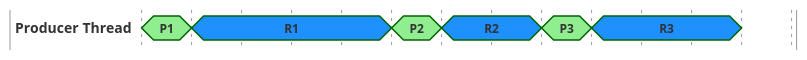
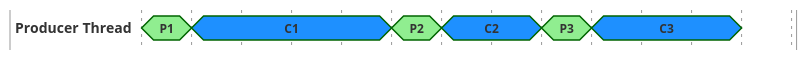
One commit to jetty/jetty.project changed the first of 4 diagrams in documentation/jetty/modules/programming-guide/pages/arch/threads.adoc. Above: the diagram before and after it, drawn with PlantUML. The commit also changed other lines of this file, not shown here.

```diff
--- a/documentation/jetty/modules/programming-guide/pages/arch/threads.adoc
+++ b/documentation/jetty/modules/programming-guide/pages/arch/threads.adoc
@@ -50,16 +50,16 @@
 [plantuml]
 ----
 skinparam backgroundColor transparent
 
 compact concise "Producer Thread" as PT
 hide time-axis
 
 @PT
 0 is P1 #lightgreen
-1 is R1 #dodgerblue
+1 is C1 #dodgerblue
 5 is P2 #lightgreen
-6 is R2 #dodgerblue
+6 is C2 #dodgerblue
 8 is P3 #lightgreen
-9 is R3 #dodgerblue
+9 is C3 #dodgerblue
 12 is {hidden}
 ----
```
